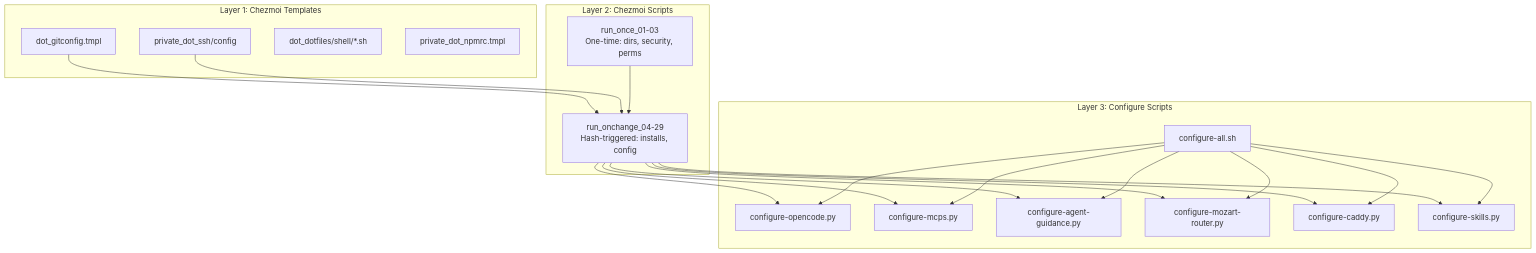
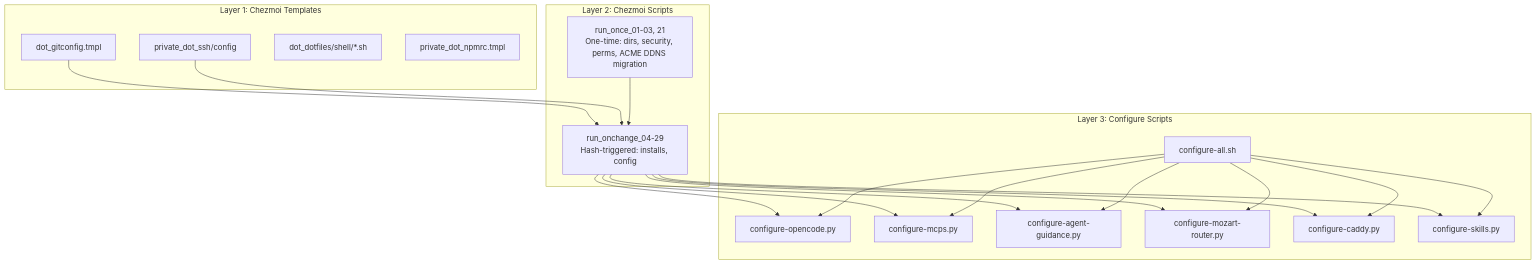
One commit to randytarampi/dotfiles changed the first of 3 diagrams in docs/ORCHESTRATION.md. Above: the diagram before and after it, drawn with Mermaid. The commit also changed other lines of this file and 1 other file, not shown here.

First line of the commit message:
docs(dotfiles): correct chezmoiscripts inventory counts and run_once range

````diff
--- a/docs/ORCHESTRATION.md
+++ b/docs/ORCHESTRATION.md
@@ -16,40 +16,40 @@
 ```mermaid
 flowchart TD
     subgraph "Layer 1: Chezmoi Templates"
         T1[dot_gitconfig.tmpl]
         T2[private_dot_ssh/config]
         T3[dot_dotfiles/shell/*.sh]
         T4[private_dot_npmrc.tmpl]
     end
 
     subgraph "Layer 2: Chezmoi Scripts"
-        S1[run_once_01-03<br/>One-time: dirs, security, perms]
+        S1[run_once_01-03, 21<br/>One-time: dirs, security, perms, ACME DDNS migration]
         S2[run_onchange_04-29<br/>Hash-triggered: installs, config]
     end
 
     subgraph "Layer 3: Configure Scripts"
         C1[configure-opencode.py]
         C2[configure-mcps.py]
         C4[configure-all.sh]
         C5[configure-agent-guidance.py]
         C6[configure-mozart-router.py]
         C7[configure-caddy.py]
         C8[configure-skills.py]
     end
 
     T1 --> S2
     T2 --> S2
     S1 --> S2
     S2 --> C1
     S2 --> C2
     S2 --> C5
     S2 --> C6
     S2 --> C7
     S2 --> C8
     C4 --> C1
     C4 --> C2
     C4 --> C5
     C4 --> C6
     C4 --> C7
     C4 --> C8
 ```
````
